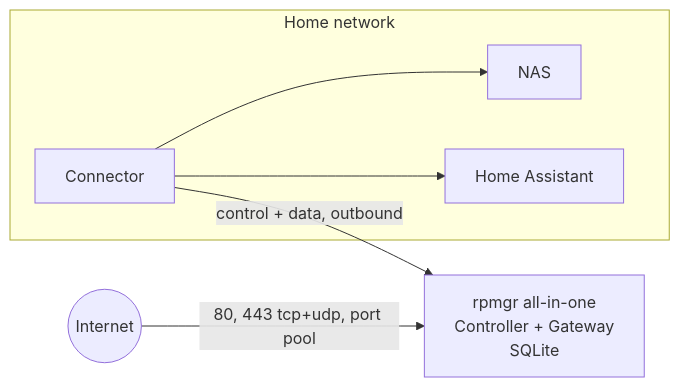
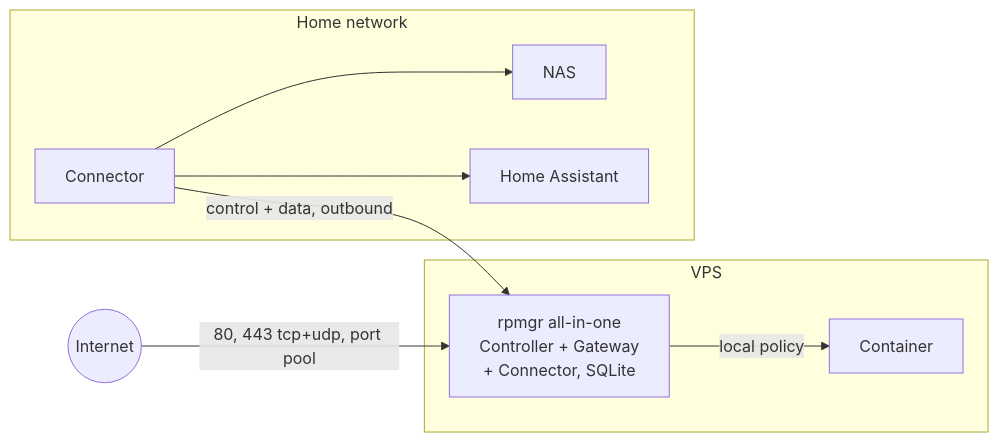
Before and after one commit to felix-homelab/rpmgr: the fifth of 9 diagrams in docs/02-architecture.md, drawn with Mermaid. The commit also changed other lines of this file and 12 other files, not shown here.

First line of the commit message:
docs(adr): all-in-one runs a connector (ADR-0019, D89)

````diff
--- a/docs/02-architecture.md
+++ b/docs/02-architecture.md
@@ -196,9 +196,12 @@
 ```mermaid
 flowchart LR
-  I((Internet)) -->|80, 443 tcp+udp, port pool| AIO[rpmgr all-in-one<br/>Controller + Gateway<br/>SQLite]
+  I((Internet)) -->|80, 443 tcp+udp, port pool| AIO
+  subgraph VPS
+    AIO[rpmgr all-in-one<br/>Controller + Gateway<br/>+ Connector, SQLite] -->|local policy| S0[Container]
+  end
   subgraph Home network
     C1[Connector] --> S1[NAS]
     C1 --> S2[Home Assistant]
   end
   C1 -->|control + data, outbound| AIO
 ```
````
